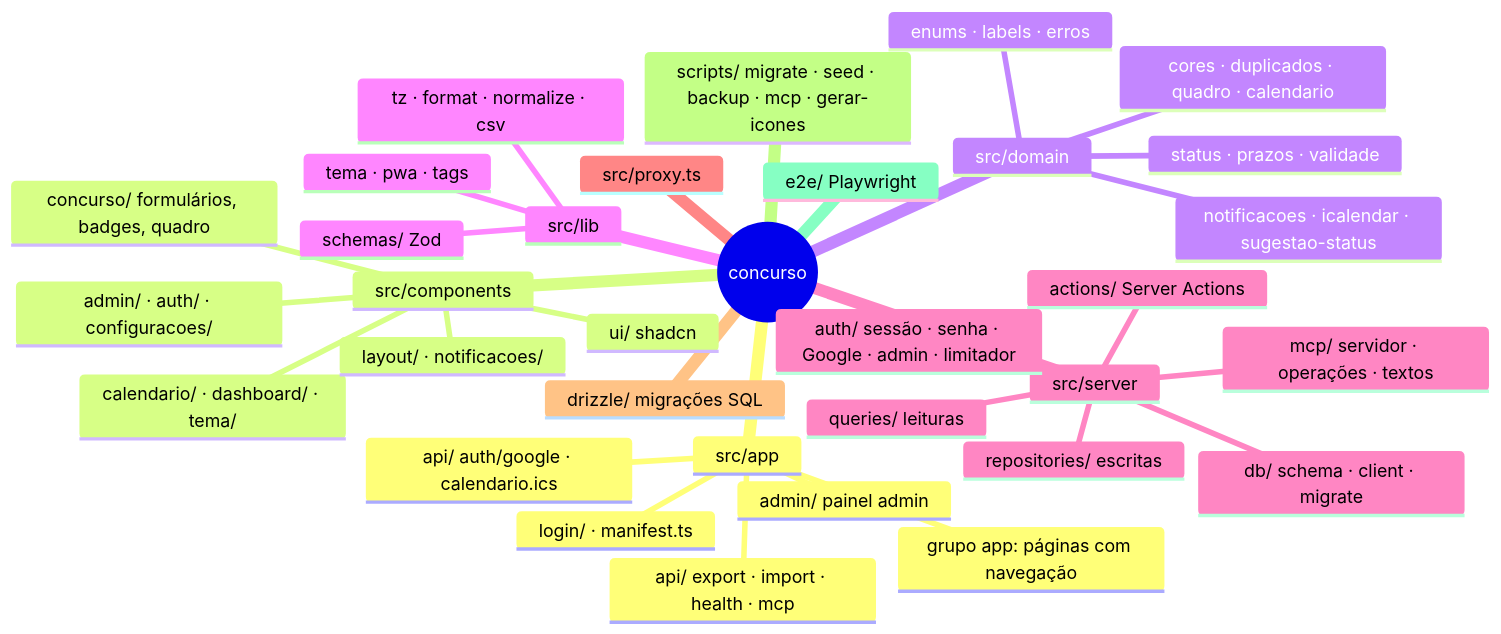
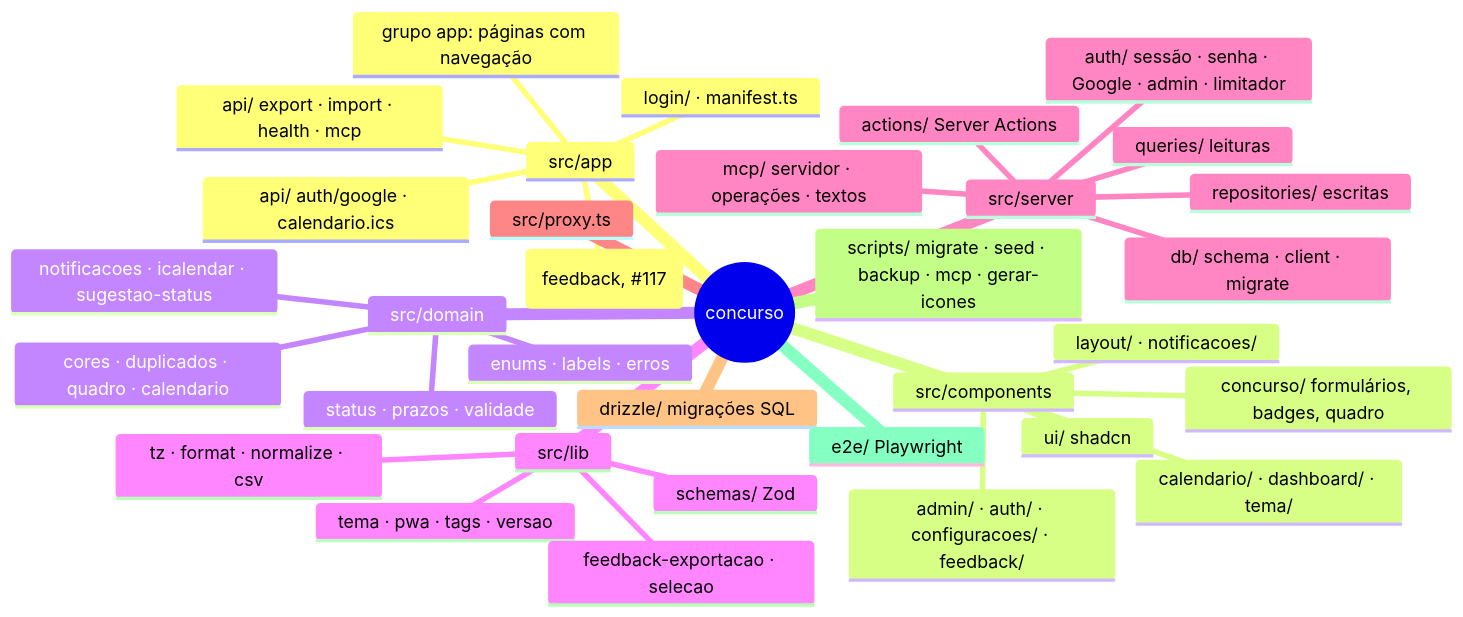
Before and after one commit to rkenjiak/concurso: diagram 24 of 24 in docs/GUIA-ARQUITETURA.md, drawn with Mermaid. The commit also changed other lines of this file and 3 other files, not shown here.

Commit message:
docs: feedback de usuários e caixa de entrada do admin (#117)

````diff
--- a/docs/GUIA-ARQUITETURA.md
+++ b/docs/GUIA-ARQUITETURA.md
@@ -777,36 +779,37 @@
 ```mermaid
 mindmap
   root((concurso))
     src/app
       grupo app: páginas com navegação
-      admin/ painel admin
+      admin/ painel admin (feedback, #117)
       login/ · manifest.ts
       api/ export · import · health · mcp
       api/ auth/google · calendario.ics
     src/components
       ui/ shadcn
       concurso/ formulários, badges, quadro
       calendario/ · dashboard/ · tema/
-      admin/ · auth/ · configuracoes/
+      admin/ · auth/ · configuracoes/ · feedback/
       layout/ · notificacoes/
     src/domain
       status · prazos · validade
       notificacoes · icalendar · sugestao-status
       cores · duplicados · quadro · calendario
       enums · labels · erros
     src/lib
       schemas/ Zod
       tz · format · normalize · csv
-      tema · pwa · tags
+      tema · pwa · tags · versao
+      feedback-exportacao · selecao
     src/server
       actions/ Server Actions
       queries/ leituras
       repositories/ escritas
       db/ schema · client · migrate
       auth/ sessão · senha · Google · admin · limitador
       mcp/ servidor · operações · textos
     src/proxy.ts
     drizzle/ migrações SQL
     scripts/ migrate · seed · backup · mcp · gerar-icones
     e2e/ Playwright
 ```
````
